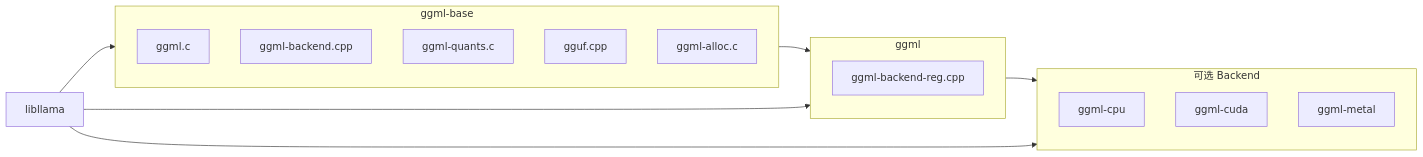
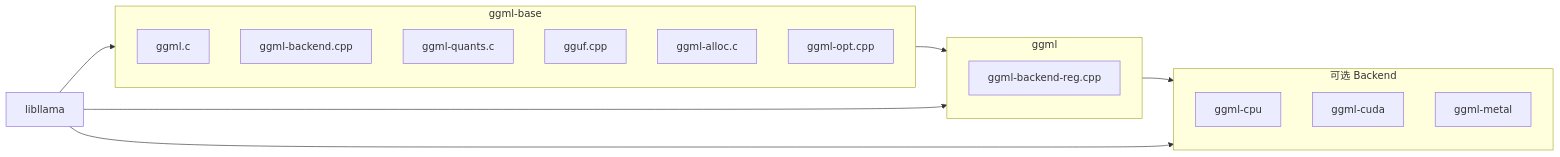
One commit to chenpan459/largeModels changed the second of 2 diagrams in 04-量化内核/ggmlDoc/02-architecture.md. Above: the diagram before and after it, drawn with Mermaid. The commit also changed other lines of this file and 44 other files, not shown here.

````diff
--- a/04-量化内核/ggmlDoc/02-architecture.md
+++ b/04-量化内核/ggmlDoc/02-architecture.md
@@ -100,23 +183,23 @@
 ```mermaid
 flowchart LR
-    subgraph ggml_base [ggml-base]
+    subgraph base [ggml-base]
         A[ggml.c]
         B[ggml-backend.cpp]
         C[ggml-quants.c]
         D[gguf.cpp]
         E[ggml-alloc.c]
+        F[ggml-opt.cpp]
     end
-    subgraph ggml_reg [ggml]
-        F[ggml-backend-reg.cpp]
+    subgraph reg [ggml]
+        G[ggml-backend-reg.cpp]
     end
-    subgraph backends [可选 Backend]
-        G[ggml-cpu]
-        H[ggml-cuda]
-        I[ggml-metal]
+    subgraph be [可选 Backend]
+        H[ggml-cpu]
+        I[ggml-cuda]
+        J[ggml-metal]
     end
-    ggml_base --> ggml_reg
-    ggml_reg --> backends
-    llama[libllama] --> ggml_base
-    llama --> ggml_reg
-    llama --> backends
+    base --> reg --> be
+    llama[libllama] --> base
+    llama --> reg
+    llama --> be
 ```
````
